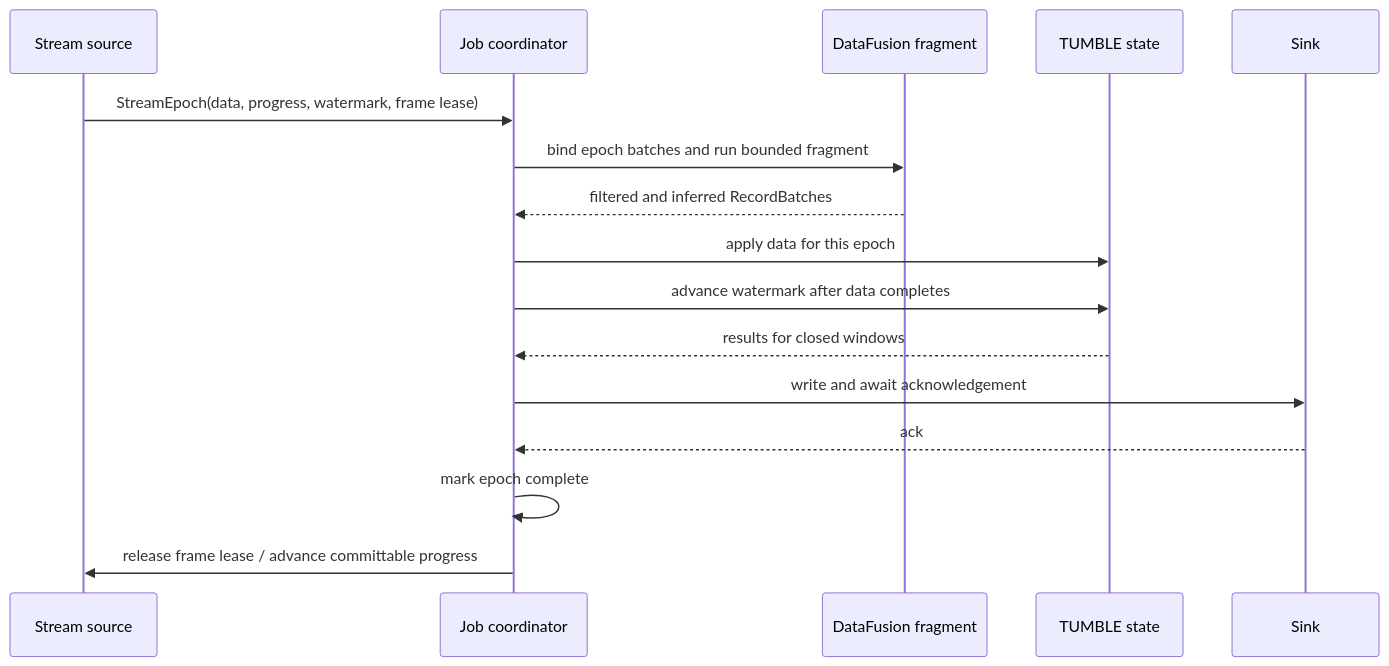
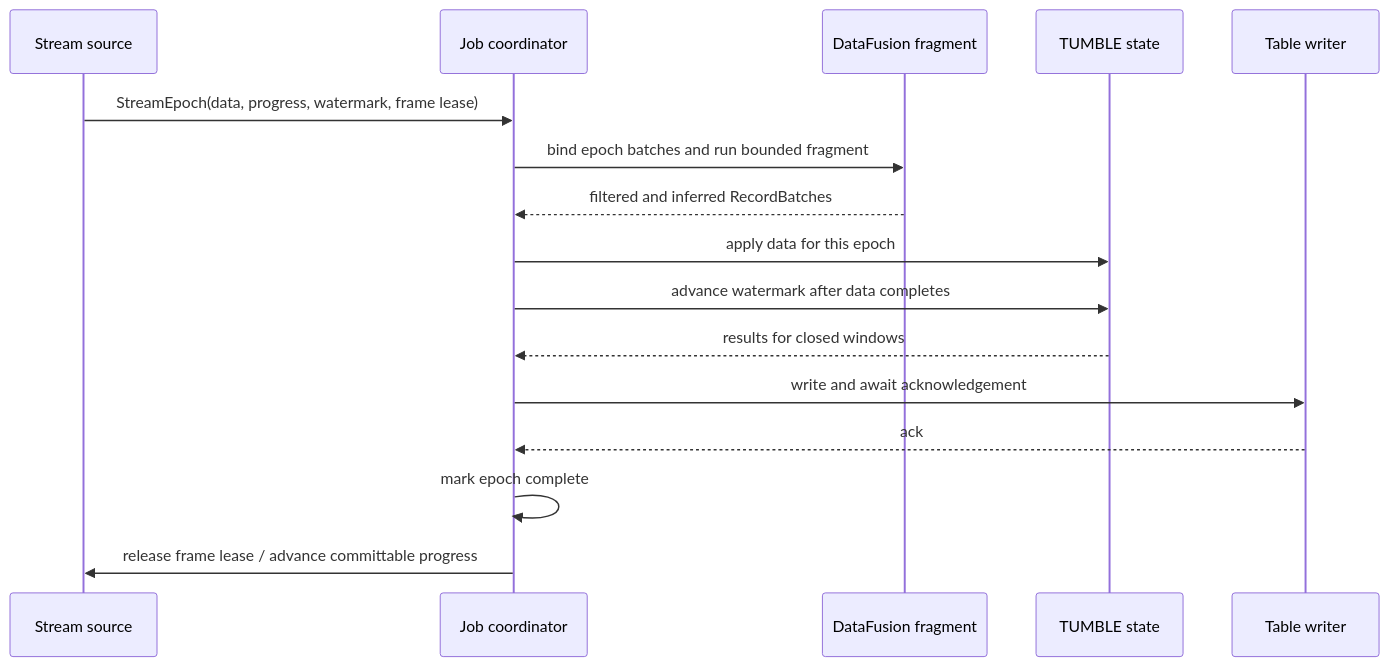
The second of 2 diagrams in docs/design.md (zhenlohuang/visionql), drawn with Mermaid before and after one commit. The commit also changed other lines of this file and 62 other files, not shown here.

````diff
--- a/docs/design.md
+++ b/docs/design.md
@@ -245,19 +245,19 @@
 ```mermaid
 sequenceDiagram
     participant S as Stream source
     participant C as Job coordinator
     participant D as DataFusion fragment
     participant W as TUMBLE state
-    participant K as Sink
+    participant K as Table writer
 
     S->>C: StreamEpoch(data, progress, watermark, frame lease)
     C->>D: bind epoch batches and run bounded fragment
     D-->>C: filtered and inferred RecordBatches
     C->>W: apply data for this epoch
     C->>W: advance watermark after data completes
     W-->>C: results for closed windows
     C->>K: write and await acknowledgement
     K-->>C: ack
     C->>C: mark epoch complete
     C->>S: release frame lease / advance committable progress
 ```
````
